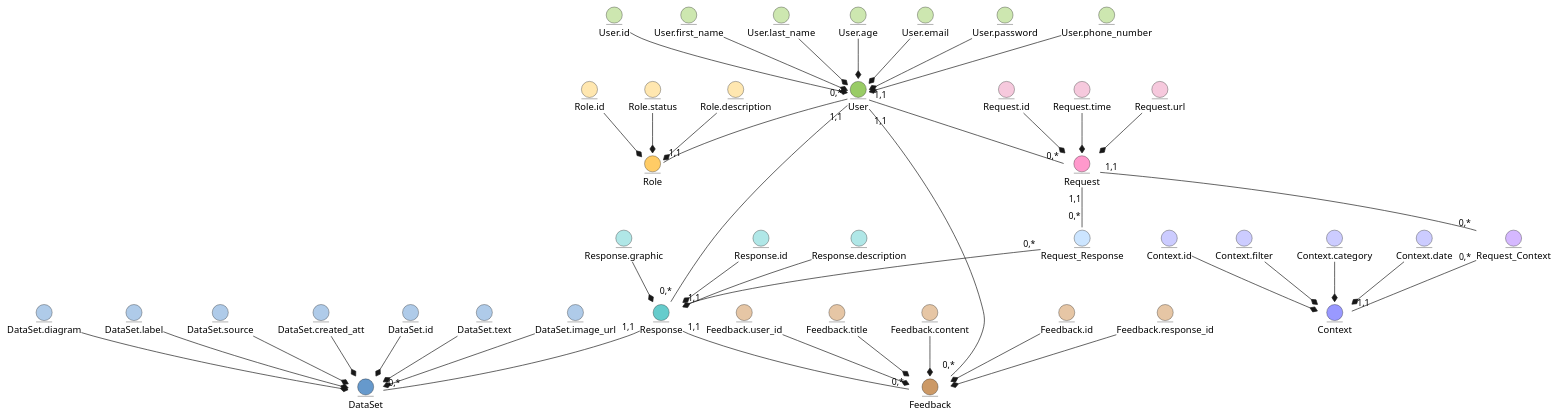
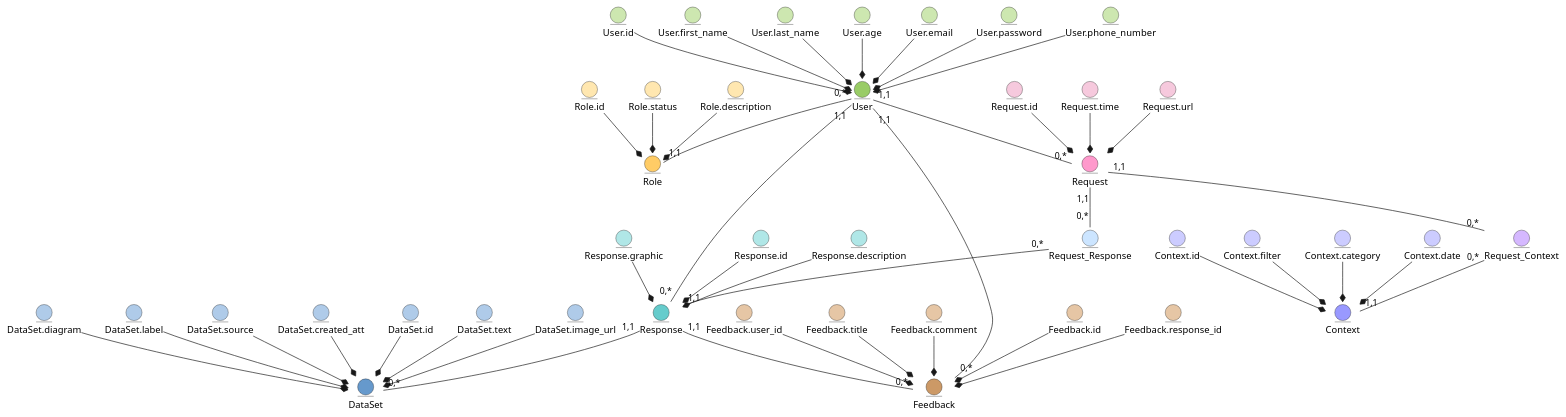
One commit to panther21Lw/db_labs_io31 changed the first of 2 diagrams in docs/design/README.md. Above: the diagram before and after it, drawn with PlantUML. The commit also changed other lines of this file, not shown here.

Commit message:
Change Feedback.content to Feedback.comment

```diff
--- a/docs/design/README.md
+++ b/docs/design/README.md
@@ -96,13 +96,13 @@
     entity Feedback.response_id #E6C6A5
     entity Feedback.user_id #E6C6A5
     entity Feedback.title #E6C6A5
-    entity Feedback.content #E6C6A5
+    entity Feedback.comment #E6C6A5
     
     Feedback.id --* Feedback
     Feedback.response_id --* Feedback
     Feedback.user_id --* Feedback
     Feedback.title --* Feedback
-    Feedback.content --* Feedback
+    Feedback.comment --* Feedback
     
     
     User "0,*" -d- "1,1" Role
```
